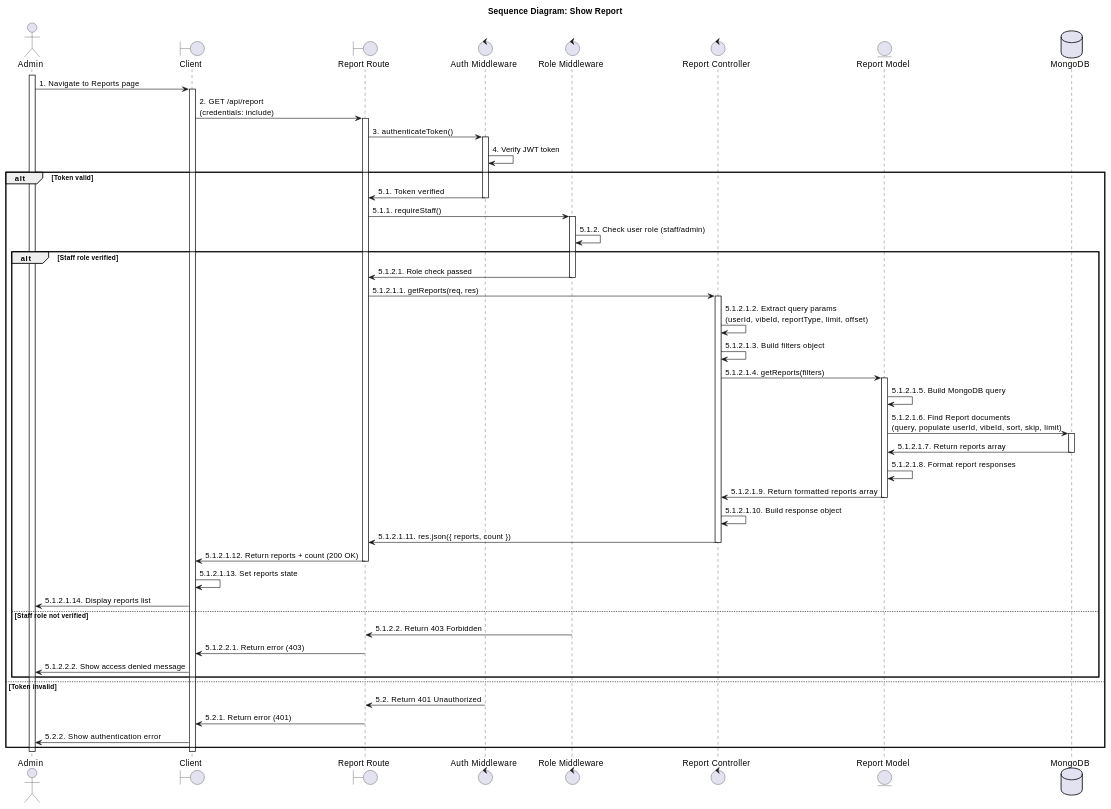
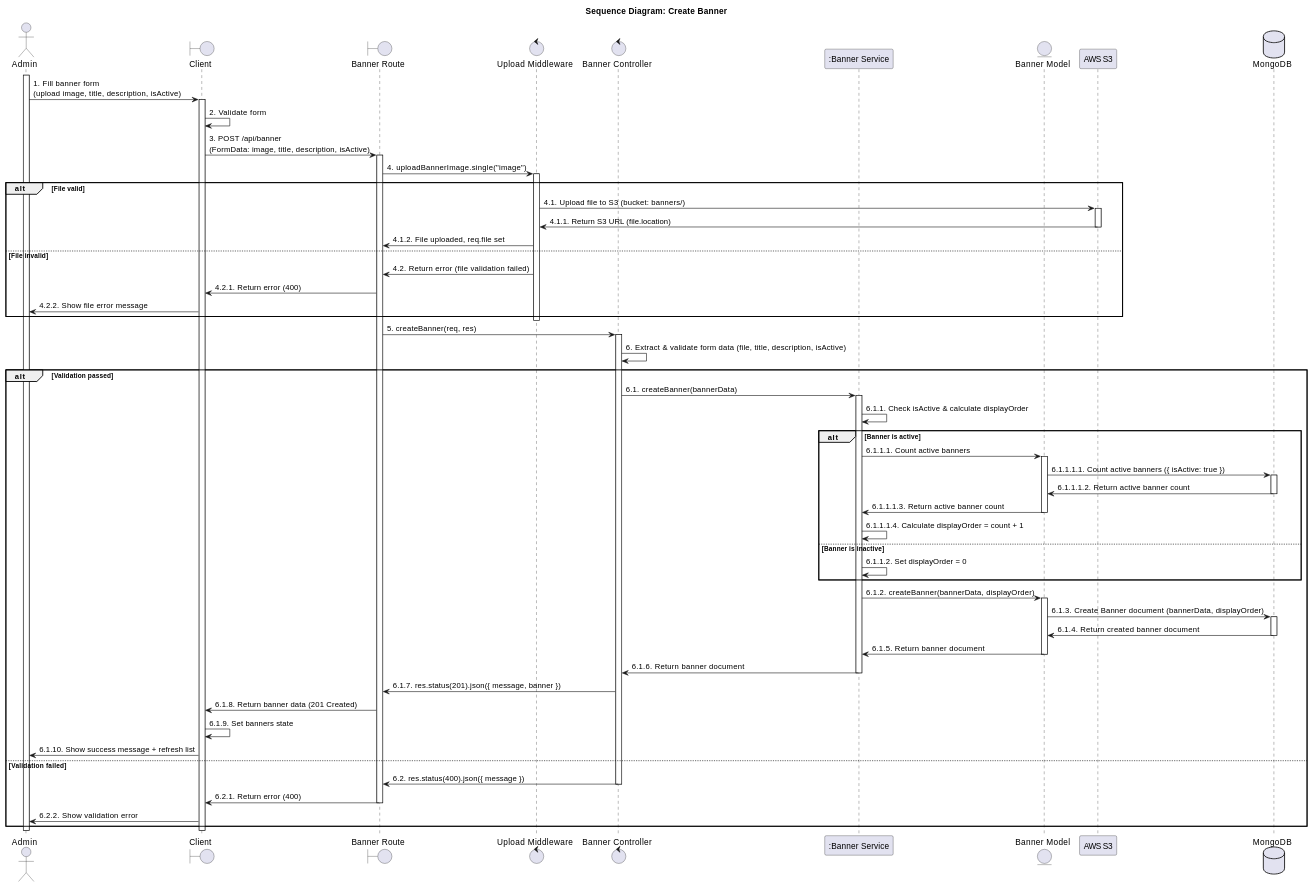
One commit to SvnFrs/re-oldvibes changed the third of 8 diagrams in SEQUENCE_DIAGRAMS_UC.md. Above: the diagram before and after it, drawn with PlantUML. The commit also changed other lines of this file and 1 other file, not shown here.

````diff
--- a/SEQUENCE_DIAGRAMS_UC.md
+++ b/SEQUENCE_DIAGRAMS_UC.md
@@ -162,69 +113,82 @@
 ```plantuml
-@startuml Show Report
-title Sequence Diagram: Show Report
+@startuml Create Banner
+title Sequence Diagram: Create Banner
 
 actor Admin
 boundary "Client" as Client
-boundary "Report Route" as Route
-control "Auth Middleware" as AuthMiddleware
-control "Role Middleware" as RoleMiddleware
-control "Report Controller" as Controller
-entity "Report Model" as Model
+boundary "Banner Route" as Route
+control "Upload Middleware" as UploadMiddleware
+control "Banner Controller" as Controller
+participant ":Banner Service" as Service
+entity "Banner Model" as Model
+participant "AWS S3" as S3
 database "MongoDB" as Database
 
 activate Admin
-Admin -> Client : 1. Navigate to Reports page
+Admin -> Client : 1. Fill banner form\n(upload image, title, description, isActive)
 activate Client
-Client -> Route : 2. GET /api/report\n(credentials: include)
+Client -> Client : 2. Validate form
+Client -> Route : 3. POST /api/banner\n(FormData: image, title, description, isActive)
 activate Route
-Route -> AuthMiddleware : 3. authenticateToken()
-activate AuthMiddleware
-AuthMiddleware -> AuthMiddleware : 4. Verify JWT token
-alt Token valid
-    AuthMiddleware -> Route : 5.1. Token verified
-    deactivate AuthMiddleware
-    Route -> RoleMiddleware : 5.1.1. requireStaff()
-    activate RoleMiddleware
-    RoleMiddleware -> RoleMiddleware : 5.1.2. Check user role (staff/admin)
-    alt Staff role verified
-        RoleMiddleware -> Route : 5.1.2.1. Role check passed
-        deactivate RoleMiddleware
-        Route -> Controller : 5.1.2.1.1. getReports(req, res)
-        activate Controller
-        Controller -> Controller : 5.1.2.1.2. Extract query params\n(userId, vibeId, reportType, limit, offset)
-        Controller -> Controller : 5.1.2.1.3. Build filters object
-        Controller -> Model : 5.1.2.1.4. getReports(filters)
+
+Route -> UploadMiddleware : 4. uploadBannerImage.single("image")
+activate UploadMiddleware
+alt File valid
+    UploadMiddleware -> S3 : 4.1. Upload file to S3 (bucket: banners/)
+    activate S3
+    S3 -> UploadMiddleware : 4.1.1. Return S3 URL (file.location)
+    deactivate S3
+    UploadMiddleware -> Route : 4.1.2. File uploaded, req.file set
+else File invalid
+    UploadMiddleware -> Route : 4.2. Return error (file validation failed)
+    Route -> Client : 4.2.1. Return error (400)
+    Client -> Admin : 4.2.2. Show file error message
+end
+deactivate UploadMiddleware
+
+Route -> Controller : 5. createBanner(req, res)
+activate Controller
+Controller -> Controller : 6. Extract & validate form data (file, title, description, isActive)
+alt Validation passed
+    Controller -> Service : 6.1. createBanner(bannerData)
+    activate Service
+    Service -> Service : 6.1.1. Check isActive & calculate displayOrder
+    alt Banner is active
+        Service -> Model : 6.1.1.1. Count active banners
         activate Model
-        Model -> Model : 5.1.2.1.5. Build MongoDB query
-        Model -> Database : 5.1.2.1.6. Find Report documents\n(query, populate userId, vibeId, sort, skip, limit)
+        Model -> Database : 6.1.1.1.1. Count active banners ({ isActive: true })
         activate Database
-        Database -> Model : 5.1.2.1.7. Return reports array
+        Database -> Model : 6.1.1.1.2. Return active banner count
         deactivate Database
-        Model -> Model : 5.1.2.1.8. Format report responses
-        Model -> Controller : 5.1.2.1.9. Return formatted reports array
+        Model -> Service : 6.1.1.1.3. Return active banner count
         deactivate Model
-        Controller -> Controller : 5.1.2.1.10. Build response object
-        Controller -> Route : 5.1.2.1.11. res.json({ reports, count })
-        deactivate Controller
-        Route -> Client : 5.1.2.1.12. Return reports + count (200 OK)
-        deactivate Route
-        Client -> Client : 5.1.2.1.13. Set reports state
-        Client -> Admin : 5.1.2.1.14. Display reports list
-    else Staff role not verified
-        RoleMiddleware -> Route : 5.1.2.2. Return 403 Forbidden
-        deactivate RoleMiddleware
-        Route -> Client : 5.1.2.2.1. Return error (403)
-        deactivate Route
-        Client -> Admin : 5.1.2.2.2. Show access denied message
+        Service -> Service : 6.1.1.1.4. Calculate displayOrder = count + 1
+    else Banner is inactive
+        Service -> Service : 6.1.1.2. Set displayOrder = 0
     end
-else Token invalid
-    AuthMiddleware -> Route : 5.2. Return 401 Unauthorized
-    deactivate AuthMiddleware
-    Route -> Client : 5.2.1. Return error (401)
+    Service -> Model : 6.1.2. createBanner(bannerData, displayOrder)
+    activate Model
+    Model -> Database : 6.1.3. Create Banner document (bannerData, displayOrder)
+    activate Database
+    Database -> Model : 6.1.4. Return created banner document
+    deactivate Database
+    Model -> Service : 6.1.5. Return banner document
+    deactivate Model
+    Service -> Controller : 6.1.6. Return banner document
+    deactivate Service
+    Controller -> Route : 6.1.7. res.status(201).json({ message, banner })
+    Route -> Client : 6.1.8. Return banner data (201 Created)
+    Client -> Client : 6.1.9. Set banners state
+    Client -> Admin : 6.1.10. Show success message + refresh list
+else Validation failed
+    Controller -> Route : 6.2. res.status(400).json({ message })
+    deactivate Controller
+    Route -> Client : 6.2.1. Return error (400)
     deactivate Route
-    Client -> Admin : 5.2.2. Show authentication error
+    Client -> Admin : 6.2.2. Show validation error
 end
+
 deactivate Client
 deactivate Admin
 @enduml
 ```
````
